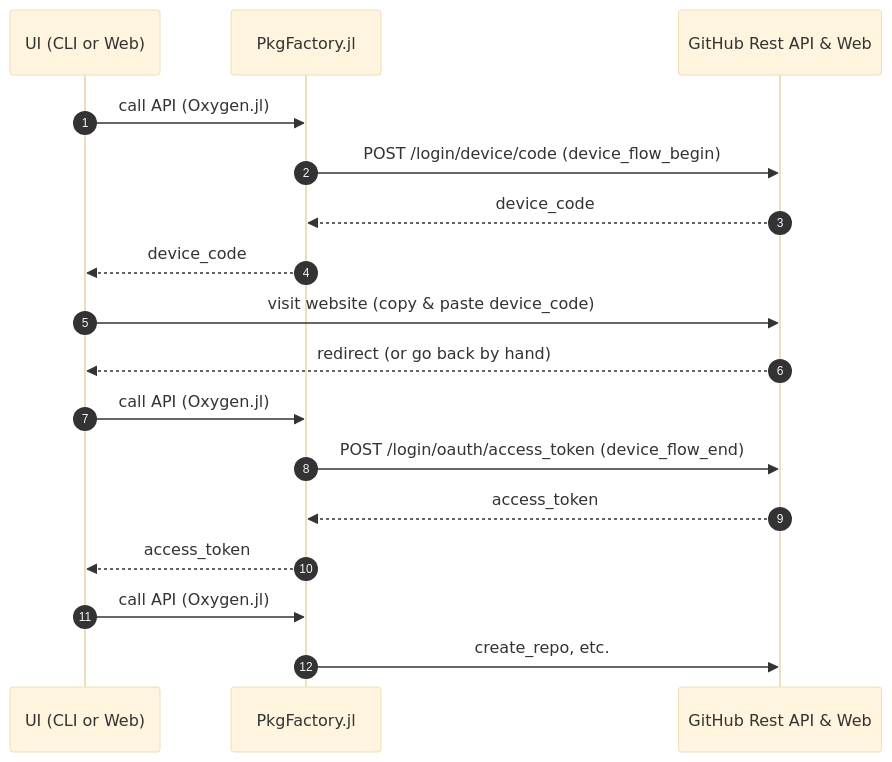
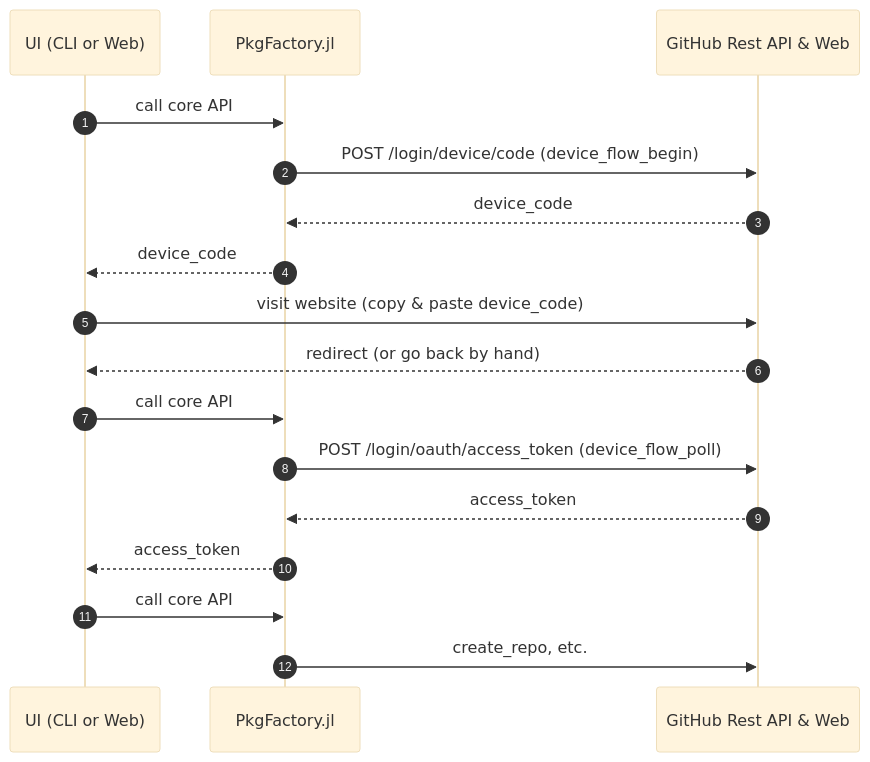
One commit to JuliaPackageFactory/PkgFactory.jl changed the diagram in docs/src/developer.md. Above: the diagram before and after it, drawn with Mermaid (base theme). The commit also changed other lines of this file and 71 other files, not shown here.

````diff
--- a/docs/src/developer.md
+++ b/docs/src/developer.md
@@ -96,25 +102,25 @@
 ```mermaid
 sequenceDiagram
   autonumber
   participant UI as UI (CLI or Web)
   participant App as PkgFactory.jl
   participant GitHub as GitHub Rest API & Web
 
   %% get device code
-  UI->>App: call API (Oxygen.jl)
+  UI->>App: call core API
   App->>GitHub: POST /login/device/code (device_flow_begin)
   GitHub-->>App: device_code
   App-->>UI: device_code
 
   %% get access token
   UI->>GitHub: visit website (copy & paste device_code)
   GitHub-->>UI: redirect (or go back by hand)
-  UI->>App: call API (Oxygen.jl)
-  App->>GitHub: POST /login/oauth/access_token (device_flow_end)
+  UI->>App: call core API
+  App->>GitHub: POST /login/oauth/access_token (device_flow_poll)
   GitHub-->>App: access_token
   App-->>UI: access_token
 
   %% create repo using access token
-  UI->>App: call API (Oxygen.jl)
+  UI->>App: call core API
   App->>GitHub: create_repo, etc.
 ```
````
